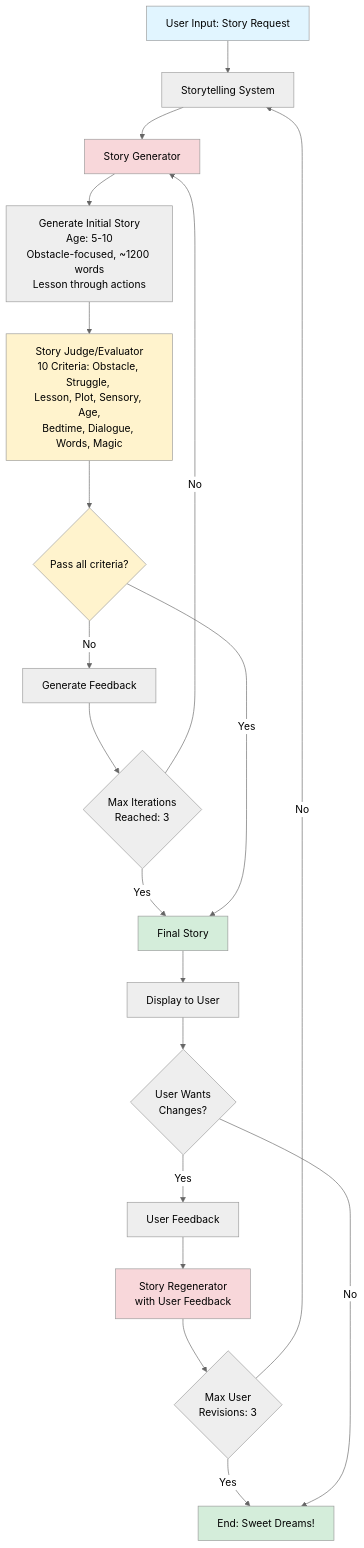
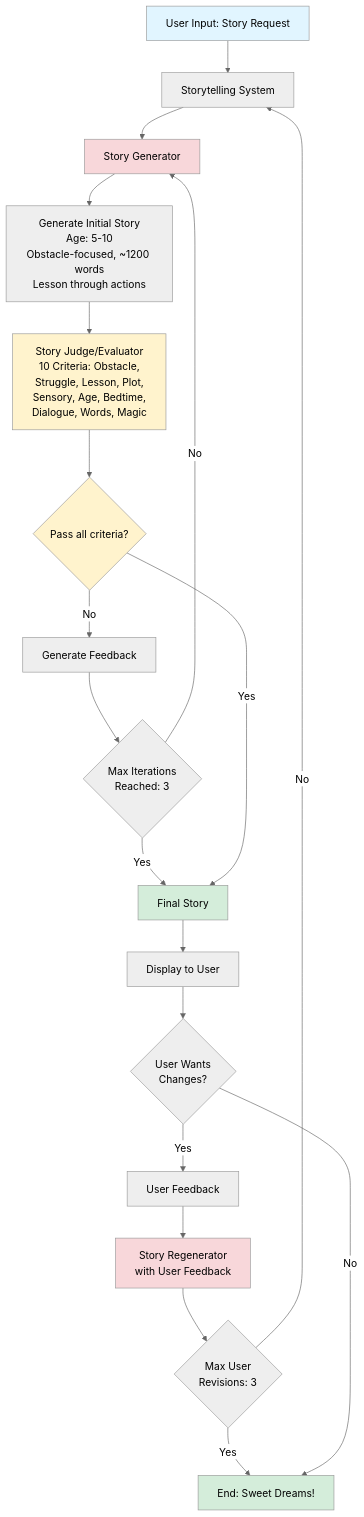
The diagram in system_diagram.mermaid (buvanipai/hippocratic-storyteller), drawn with Mermaid (neutral theme) before and after one commit.

Commit message:
system diagram edit v1.1

```diff
--- a/system_diagram.mermaid
+++ b/system_diagram.mermaid
@@ -1,34 +1,34 @@
 graph TD
     A[User Input: Story Request] --> B[Storytelling System]
     
     B --> C[Story Generator]
     C --> D[Generate Initial Story<br/>Age: 5-10<br/>Obstacle-focused, ~1200 words<br/>Lesson through actions]
     
-    D --> E[Story Judge/Evaluator<br/>10 Criteria: Obstacle, Struggle, <br/>Lesson, Plot, Sensory, Age,<br/>Bedtime, Dialogue, Words, Magic]
+    D --> E[Story Judge/Evaluator<br/>10 Criteria: Obstacle, <br/>Struggle, Lesson, Plot, <br/>Sensory, Age, Bedtime, <br/>Dialogue, Words, Magic]
     E --> F{Pass all criteria?}
     
     F -->|No| G[Generate Feedback]
     G --> H{Max Iterations<br/>Reached: 3}
     H -->|No| C
     H -->|Yes| I[Final Story]
     
     F -->|Yes| I
     
     I --> J[Display to User]
     J --> K{User Wants<br/>Changes?}
     
     K -->|Yes| L[User Feedback]
     L --> M[Story Regenerator<br/>with User Feedback]
     M --> N{Max User<br/>Revisions: 3}
     N -->|No| B
     N -->|Yes| O[End: Sweet Dreams!]
     
     K -->|No| O
     
     style A fill:#e1f5ff
     style I fill:#d4edda
     style O fill:#d4edda
     style E fill:#fff3cd
     style F fill:#fff3cd
     style C fill:#f8d7da
     style M fill:#f8d7da
```
